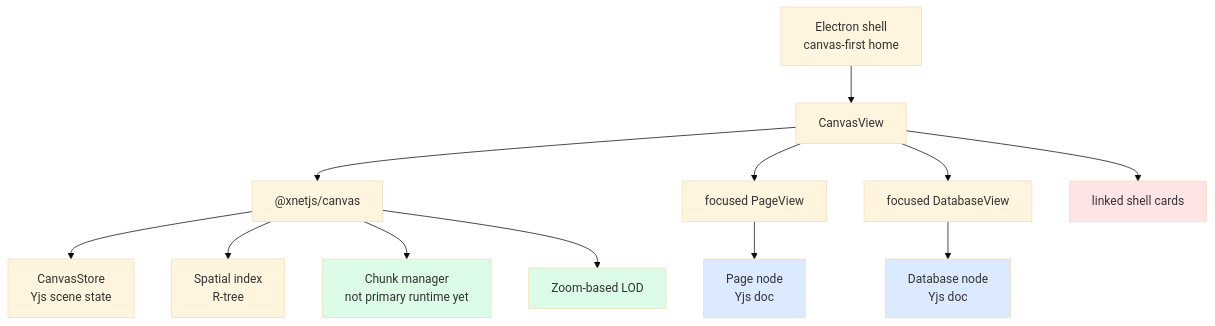
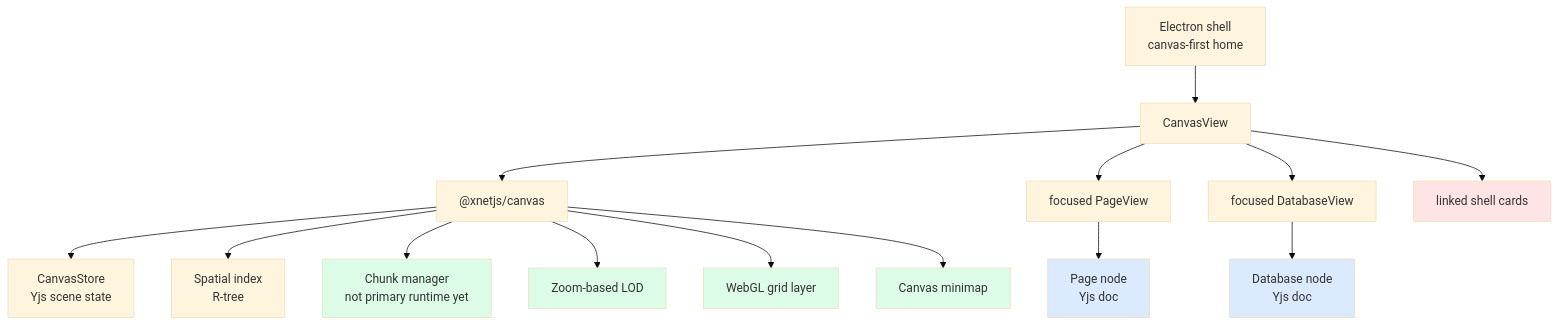
Before and after one commit to crs48/xNet: the first of 7 diagrams in docs/explorations/0108_[_]_CANVAS_V1_PAGES_DATABASES_AND_INFINITE_CANVAS_DEEP_DIVE.md, drawn with Mermaid (base theme). The commit also changed other lines of this file, not shown here.

First line of the commit message:
docs(exploration): expand canvas guidance with affine feature pulls

````diff
--- a/docs/explorations/0108_[_]_CANVAS_V1_PAGES_DATABASES_AND_INFINITE_CANVAS_DEEP_DIVE.md
+++ b/docs/explorations/0108_[_]_CANVAS_V1_PAGES_DATABASES_AND_INFINITE_CANVAS_DEEP_DIVE.md
@@ -152,22 +209,26 @@
 ```mermaid
 flowchart TD
   App["Electron shell<br/>canvas-first home"] --> CanvasView["CanvasView"]
   CanvasView --> CanvasPkg["@xnetjs/canvas"]
   CanvasView --> PageView["focused PageView"]
   CanvasView --> DatabaseView["focused DatabaseView"]
 
   CanvasPkg --> Store["CanvasStore<br/>Yjs scene state"]
   CanvasPkg --> Spatial["Spatial index<br/>R-tree"]
   CanvasPkg --> Chunking["Chunk manager<br/>not primary runtime yet"]
   CanvasPkg --> LOD["Zoom-based LOD"]
+  CanvasPkg --> Grid["WebGL grid layer"]
+  CanvasPkg --> Minimap["Canvas minimap"]
 
   PageView --> PageNode["Page node<br/>Yjs doc"]
   DatabaseView --> DatabaseNode["Database node<br/>Yjs doc"]
   CanvasView --> LinkedCards["linked shell cards"]
 
   style LinkedCards fill:#ffe4e6
   style Chunking fill:#dcfce7
   style LOD fill:#dcfce7
+  style Grid fill:#dcfce7
+  style Minimap fill:#dcfce7
   style PageNode fill:#dbeafe
   style DatabaseNode fill:#dbeafe
 ```
````
